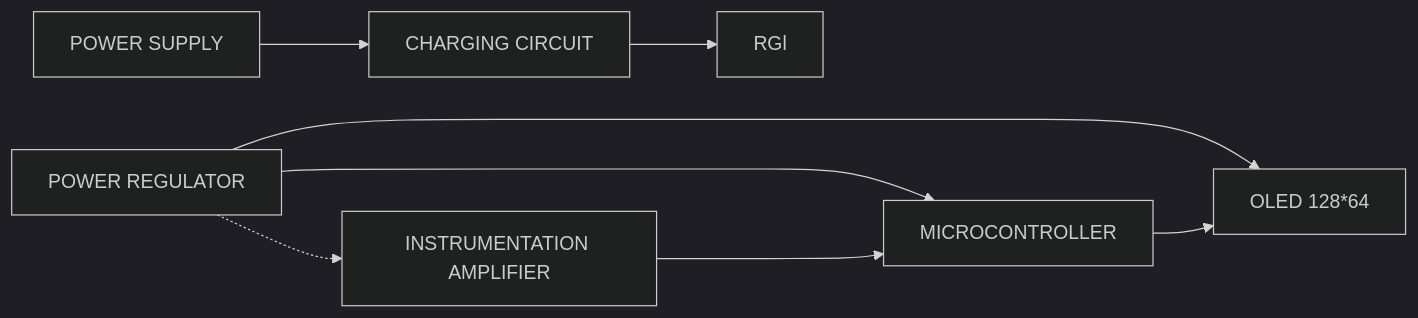
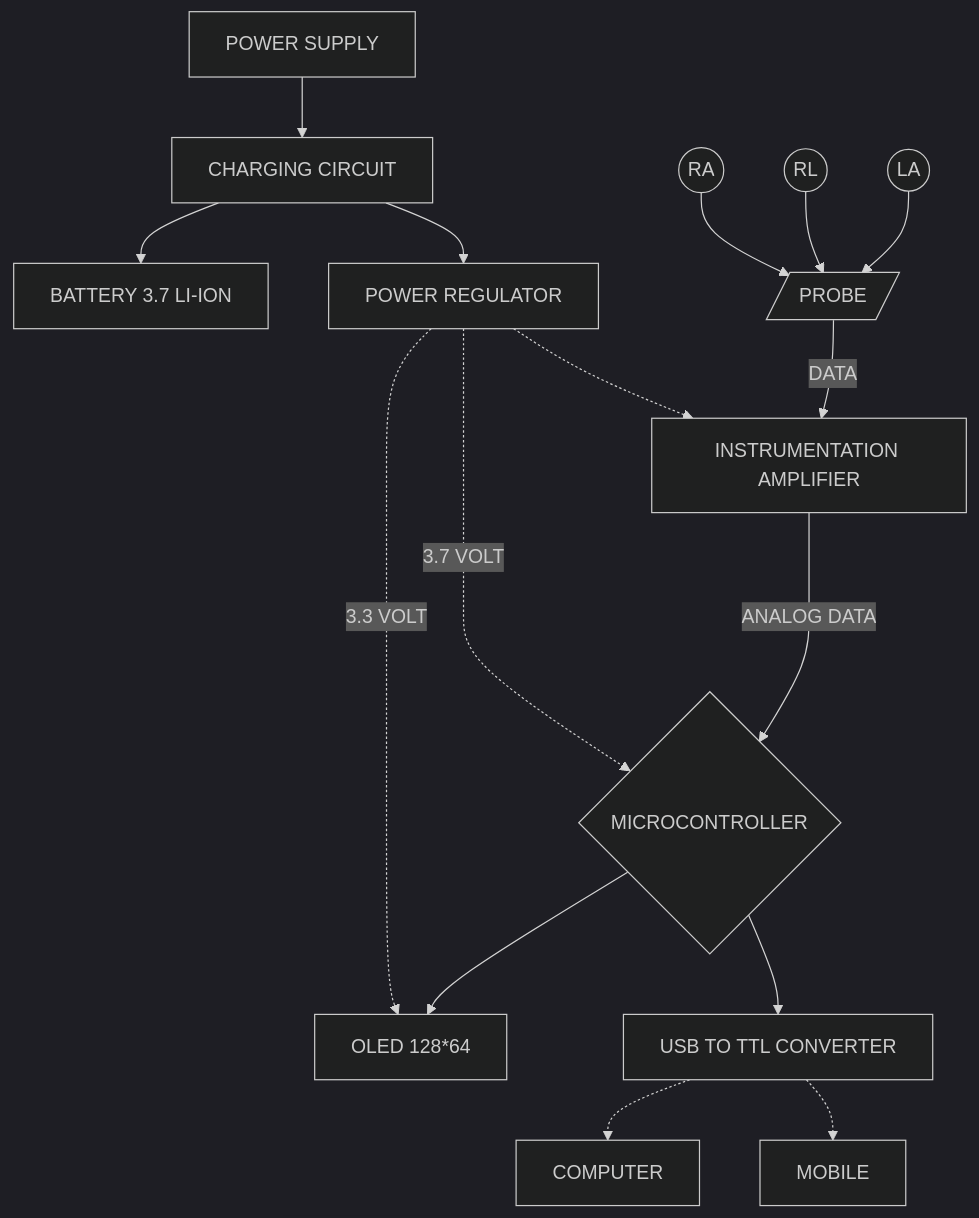
One commit to arun-jyothish/PORTABLE-ECG changed the first of 3 diagrams in README.md. Above: the diagram before and after it, drawn with Mermaid (dark theme). The commit also changed other lines of this file and 1 other file, not shown here.

```diff
--- a/README.md
+++ b/README.md
@@ -24,12 +34,21 @@
 ~~~mermaid
 
-graph LR 
+graph TD
  
     PWR[POWER SUPPLY]-->CHR[CHARGING CIRCUIT]
-    RGL[POWER REGULATOR]-->OLED[OLED 128*64]
-    CHR--> RGl
-    RGL-->UC 
-    UC[MICROCONTROLLER]-->OLED
+    CHR-->BAT[BATTERY 3.7 LI-ION]
+    RGL[POWER REGULATOR]-.->|3.3 VOLT|OLED[OLED 128*64]
+    CHR--> RGL
+    RGL-.->|3.7 VOLT|UC 
+    UC{MICROCONTROLLER}-->OLED
+   
+    UC-->UART[USB TO TTL CONVERTER]
+    UART-.->EXT[COMPUTER]
+    UART-.->EXT2[MOBILE]
+    probe[/PROBE/]-->|DATA|INS
     RGL-.->INS
-    INS[INSTRUMENTATION AMPLIFIER] ---> UC
+    RA((RA))-->probe
+    RL((RL))-->probe
+    LA((LA))-->probe
+    INS[INSTRUMENTATION AMPLIFIER] --->|ANALOG DATA| UC
 ~~~
```
